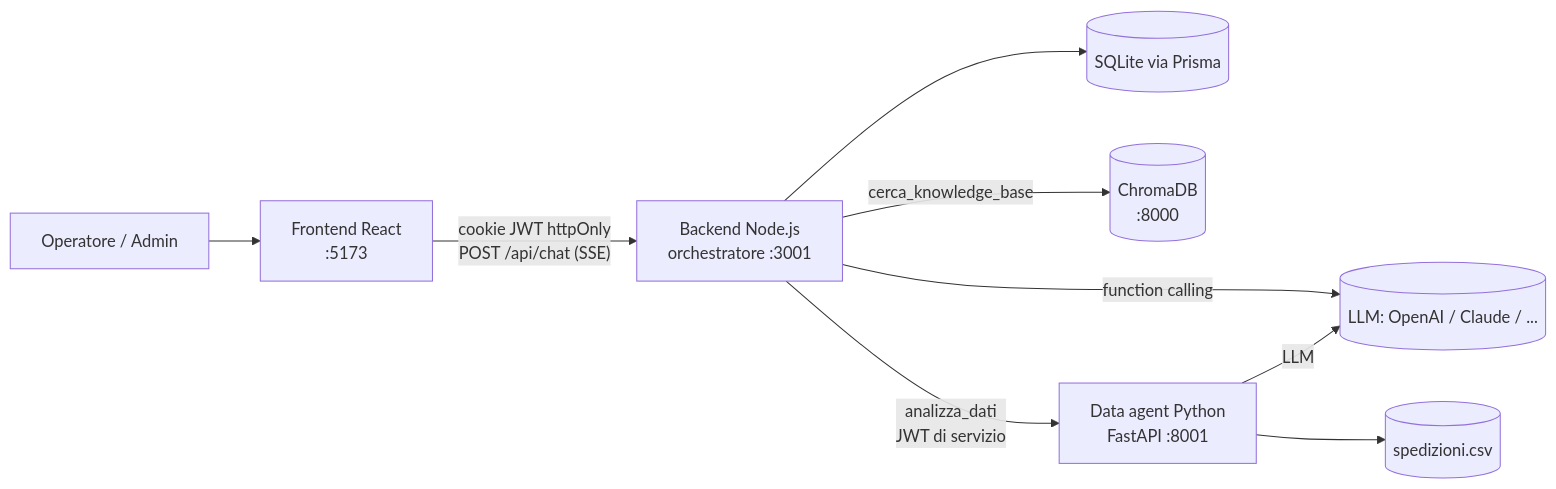
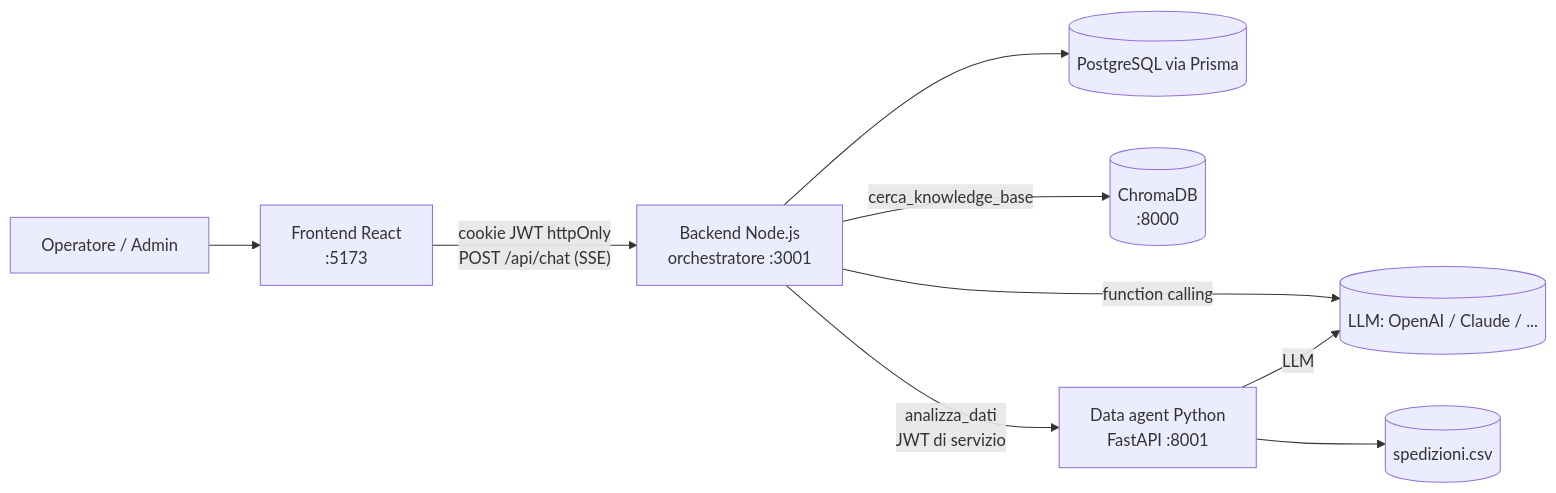
One commit to AlessiaCattaneoDev/logisticai changed the diagram in README.md. Above: the diagram before and after it, drawn with Mermaid. The commit also changed other lines of this file and 38 other files, not shown here.

Commit message:
feat: database PostgreSQL e configurazione per pubblicare su Vercel, Railway e Neon

````diff
--- a/README.md
+++ b/README.md
@@ -53,11 +53,11 @@
 ```mermaid
 flowchart LR
     U[Operatore / Admin] --> FE[Frontend React<br/>:5173]
     FE -- "cookie JWT httpOnly<br/>POST /api/chat (SSE)" --> BE[Backend Node.js<br/>orchestratore :3001]
-    BE --> DB[(SQLite via Prisma)]
+    BE --> DB[(PostgreSQL via Prisma)]
     BE -- "function calling" --> LLM[(LLM: OpenAI / Claude / ...)]
     BE -- "cerca_knowledge_base" --> CH[(ChromaDB<br/>:8000)]
     BE -- "analizza_dati<br/>JWT di servizio" --> DA[Data agent Python<br/>FastAPI :8001]
     DA --> CSV[(spedizioni.csv)]
     DA -- "LLM" --> LLM
 ```
````
